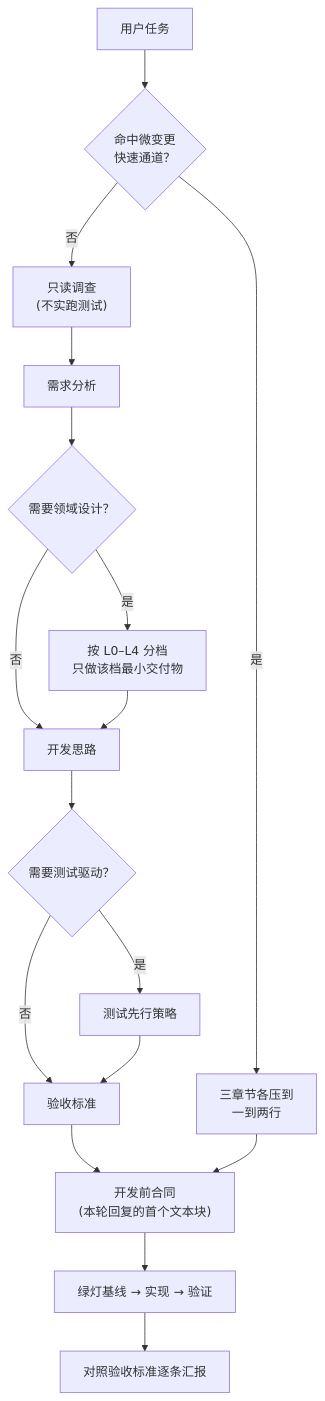
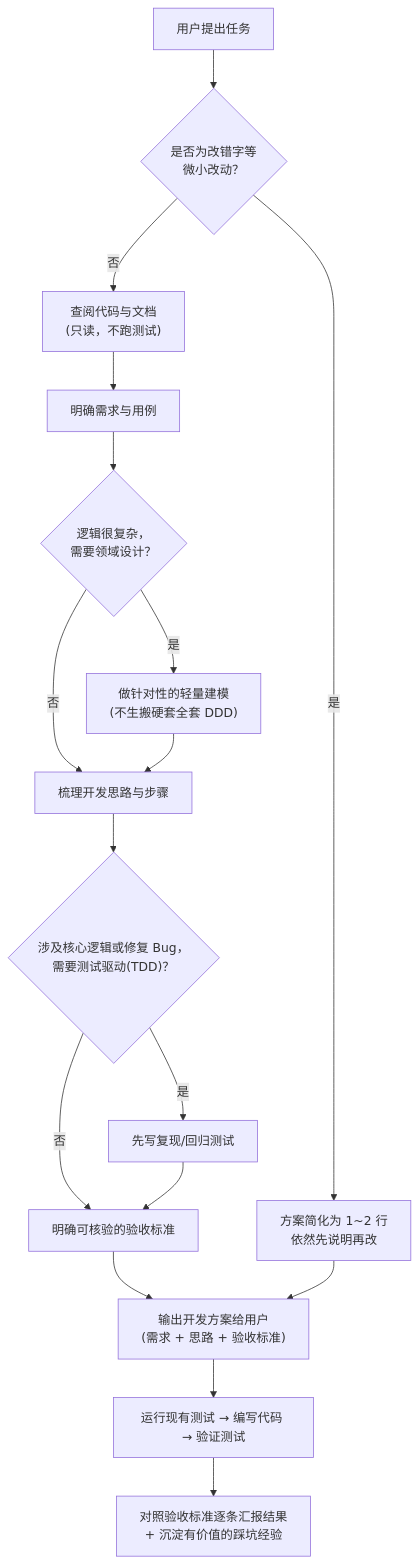
One commit to stackJx/navigate-software-development changed the diagram in README.md. Above: the diagram before and after it, drawn with Mermaid. The commit also changed other lines of this file and 12 other files, not shown here.

````diff
--- a/README.md
+++ b/README.md
@@ -18,19 +19,19 @@
 ```mermaid
 flowchart TD
-    A["用户任务"] --> Q{"命中微变更<br/>快速通道？"}
-    Q -- "是" --> S["三章节各压到<br/>一到两行"]
-    Q -- "否" --> X["只读调查<br/>(不实跑测试)"]
-    X --> R["需求分析"]
-    R --> D{"需要领域设计？"}
-    D -- "是" --> DD["按 L0–L4 分档<br/>只做该档最小交付物"]
-    D -- "否" --> P["开发思路"]
+    A["用户提出任务"] --> Q{"是否为改错字等<br/>微小改动？"}
+    Q -- "是" --> S["方案简化为 1~2 行<br/>依然先说明再改"]
+    Q -- "否" --> X["查阅代码与文档<br/>(只读，不跑测试)"]
+    X --> R["明确需求与用例"]
+    R --> D{"逻辑很复杂，<br/>需要领域设计？"}
+    D -- "是" --> DD["做针对性的轻量建模<br/>(不生搬硬套全套 DDD)"]
+    D -- "否" --> P["梳理开发思路与步骤"]
     DD --> P
-    P --> T{"需要测试驱动？"}
-    T -- "是" --> TS["测试先行策略"]
-    T -- "否" --> A1["验收标准"]
+    P --> T{"涉及核心逻辑或修复 Bug，<br/>需要测试驱动(TDD)？"}
+    T -- "是" --> TS["先写复现/回归测试"]
+    T -- "否" --> A1["明确可核验的验收标准"]
     TS --> A1
-    A1 --> G["开发前合同<br/>(本轮回复的首个文本块)"]
+    A1 --> G["输出开发方案给用户<br/>(需求 + 思路 + 验收标准)"]
     S --> G
-    G --> B["绿灯基线 → 实现 → 验证"]
-    B --> O["对照验收标准逐条汇报"]
+    G --> B["运行现有测试 → 编写代码 → 验证测试"]
+    B --> O["对照验收标准逐条汇报结果<br/>+ 沉淀有价值的踩坑经验"]
 ```
````
